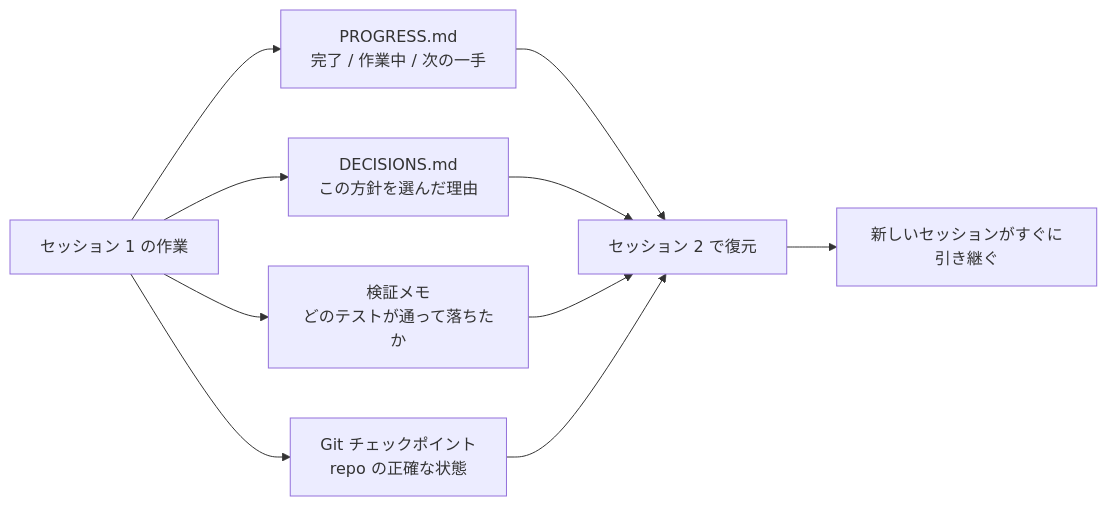
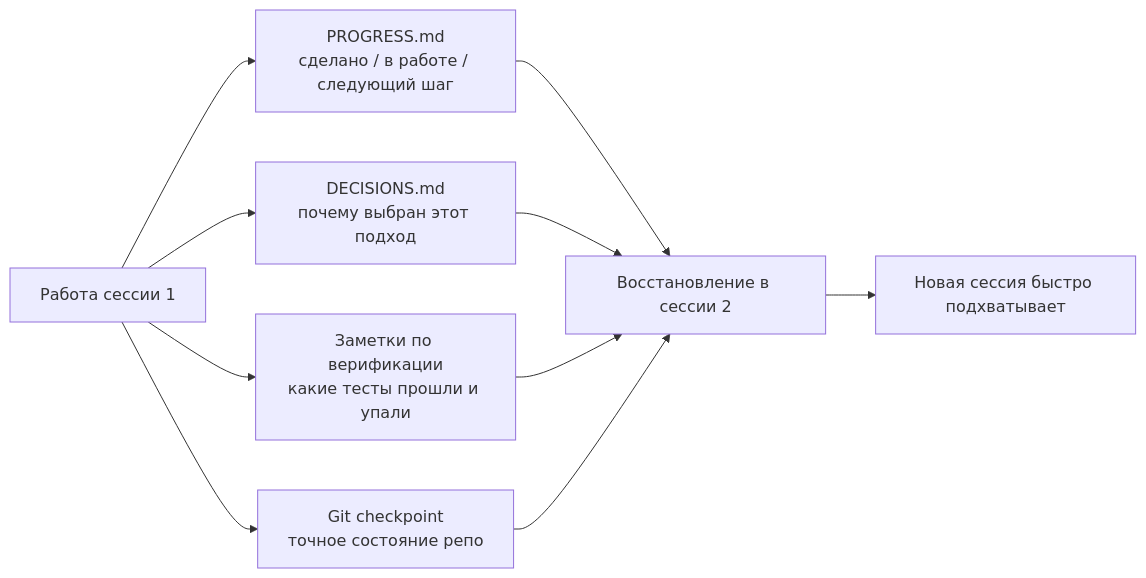
The second of 2 diagrams in docs/ru/lectures/lecture-05-why-long-running-tasks-lose-continuity/index.md (mkusaka/learn-harness-engineering), drawn with Mermaid before and after one commit. The commit also changed other lines of this file and 684 other files, not shown here.

````diff
--- a/docs/ru/lectures/lecture-05-why-long-running-tasks-lose-continuity/index.md
+++ b/docs/ru/lectures/lecture-05-why-long-running-tasks-lose-continuity/index.md
@@ -36,14 +36,14 @@
 ```mermaid
 flowchart LR
-    Work["セッション 1 の作業"] --> Progress["PROGRESS.md<br/>完了 / 作業中 / 次の一手"]
-    Work --> Decisions["DECISIONS.md<br/>この方針を選んだ理由"]
-    Work --> Verify["検証メモ<br/>どのテストが通って落ちたか"]
-    Work --> Commit["Git チェックポイント<br/>repo の正確な状態"]
+    Work["Работа сессии 1"] --> Progress["PROGRESS.md<br/>сделано / в работе / следующий шаг"]
+    Work --> Decisions["DECISIONS.md<br/>почему выбран этот подход"]
+    Work --> Verify["Заметки по верификации<br/>какие тесты прошли и упали"]
+    Work --> Commit["Git checkpoint<br/>точное состояние репо"]
 
-    Progress --> Rebuild["セッション 2 で復元"]
+    Progress --> Rebuild["Восстановление в сессии 2"]
     Decisions --> Rebuild
     Verify --> Rebuild
     Commit --> Rebuild
 
-    Rebuild --> Resume["新しいセッションがすぐに引き継ぐ"]
+    Rebuild --> Resume["Новая сессия быстро подхватывает"]
 ```
````
